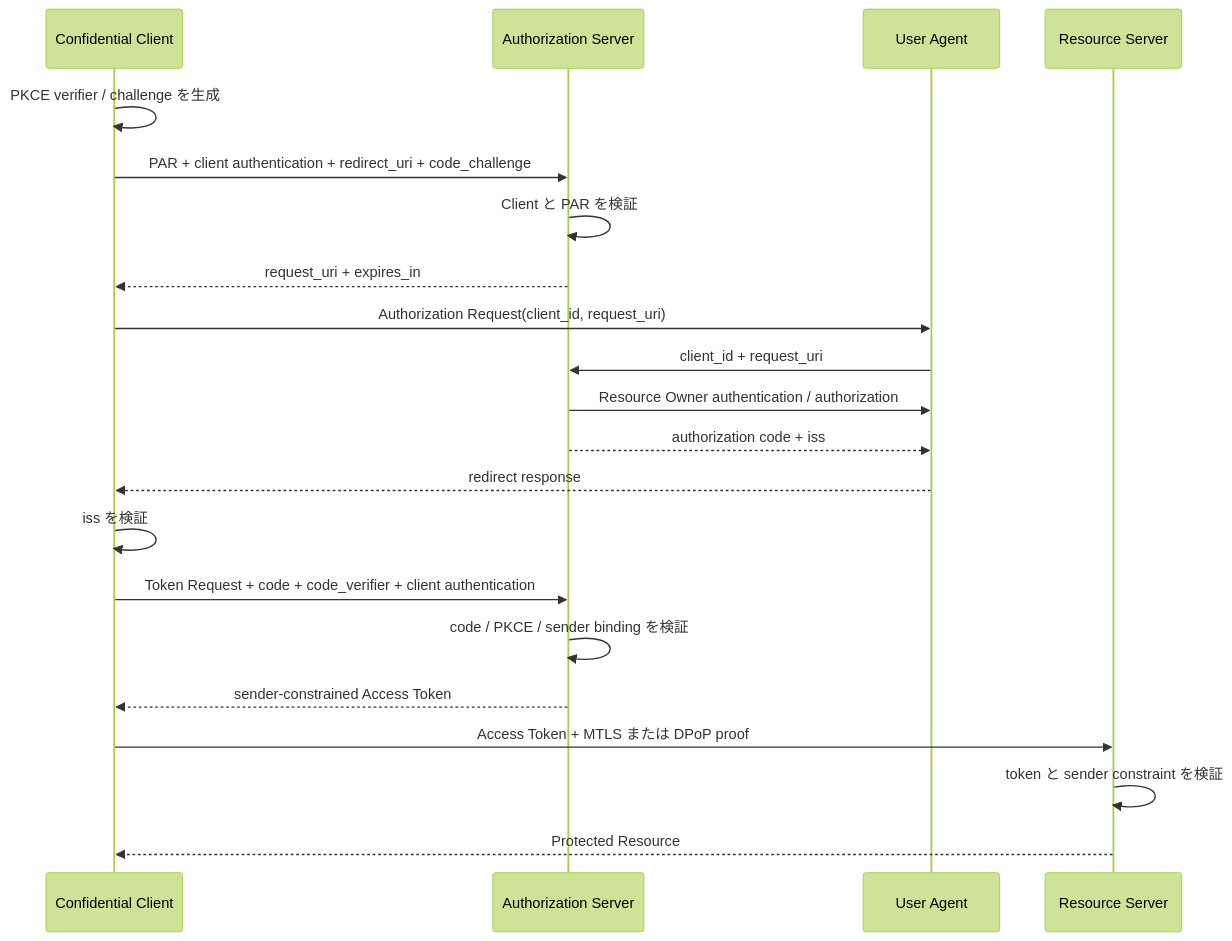
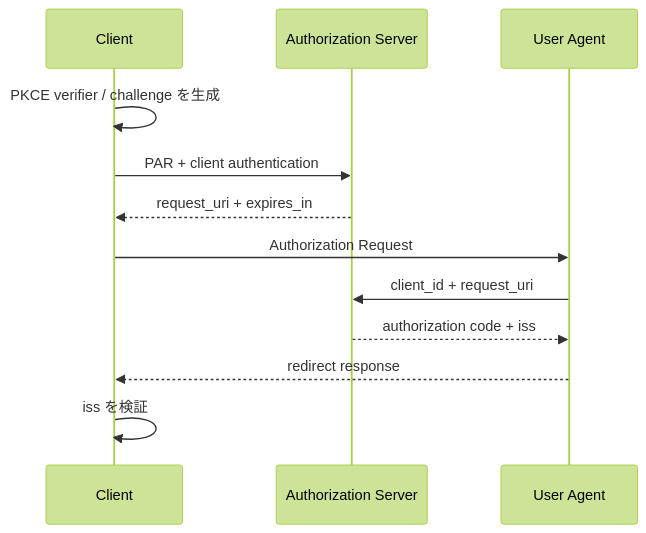
Before and after one commit to nbifrye/1548d6d9-8655-48d3-817f-d41469b6b27e: the first of 4 diagrams in _posts/2026-09-18-fapi-2-security-profile.md, drawn with Mermaid (forest theme). The commit also changed other lines of this file, not shown here.

Commit message:
Simplify FAPI tables and diagrams for mobile

```diff
--- a/_posts/2026-09-18-fapi-2-security-profile.md
+++ b/_posts/2026-09-18-fapi-2-security-profile.md
@@ -39,23 +39,14 @@
 <pre class="mermaid">
 sequenceDiagram
-    participant C as Confidential Client
+    participant C as Client
     participant AS as Authorization Server
     participant UA as User Agent
-    participant RS as Resource Server
     C->>C: PKCE verifier / challenge を生成
-    C->>AS: PAR + client authentication + redirect_uri + code_challenge
-    AS->>AS: Client と PAR を検証
+    C->>AS: PAR + client authentication
     AS-->>C: request_uri + expires_in
-    C->>UA: Authorization Request(client_id, request_uri)
+    C->>UA: Authorization Request
     UA->>AS: client_id + request_uri
-    AS->>UA: Resource Owner authentication / authorization
     AS-->>UA: authorization code + iss
     UA-->>C: redirect response
     C->>C: iss を検証
-    C->>AS: Token Request + code + code_verifier + client authentication
-    AS->>AS: code / PKCE / sender binding を検証
-    AS-->>C: sender-constrained Access Token
-    C->>RS: Access Token + MTLS または DPoP proof
-    RS->>RS: token と sender constraint を検証
-    RS-->>C: Protected Resource
 </pre>
```
